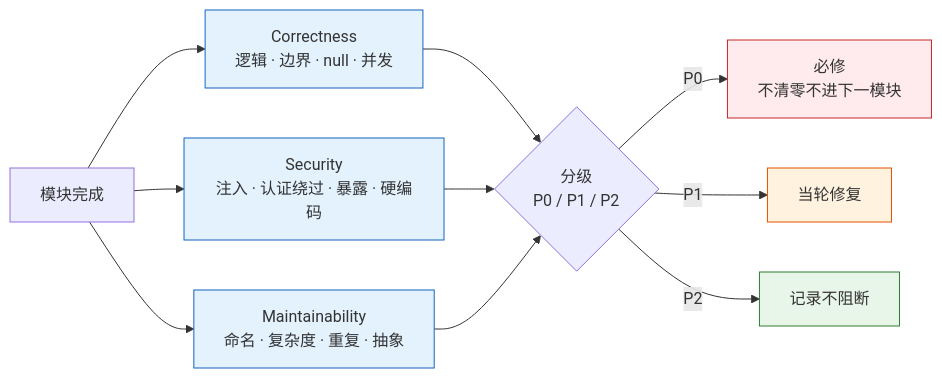
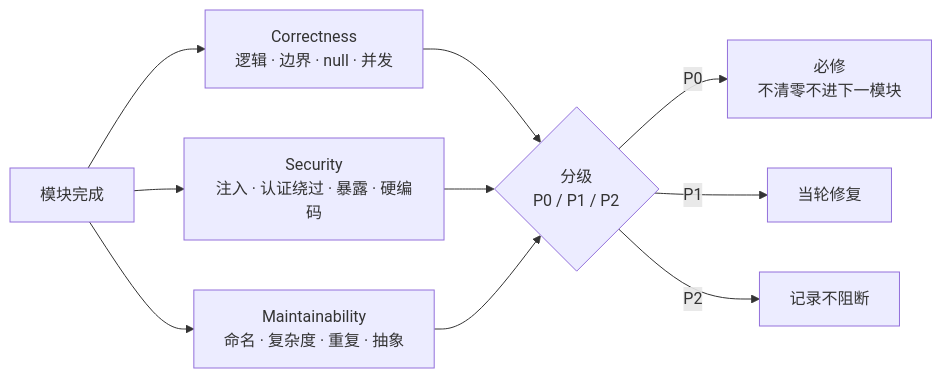
The third of 4 diagrams in agents/coder.md (effiy/YrY), drawn with Mermaid before and after one commit. The commit also changed other lines of this file and 9 other files, not shown here.

````diff
--- a/agents/coder.md
+++ b/agents/coder.md
@@ -80,15 +72,11 @@
 ```mermaid
 flowchart LR
     MOD["模块完成"] --> COR["Correctness<br/>逻辑 · 边界 · null · 并发"]:::dim
     MOD --> SEC["Security<br/>注入 · 认证绕过 · 暴露 · 硬编码"]:::dim
     MOD --> MAI["Maintainability<br/>命名 · 复杂度 · 重复 · 抽象"]:::dim
     COR & SEC & MAI --> CLS{"分级<br/>P0 / P1 / P2"}
     CLS -->|"P0"| FIX["必修<br/>不清零不进下一模块"]:::p0
     CLS -->|"P1"| SUG["当轮修复"]:::p1
     CLS -->|"P2"| NOTE["记录不阻断"]:::p2
 
-    classDef dim fill:#e3f2fd,stroke:#1565c0;
-    classDef p0 fill:#ffebee,stroke:#c62828;
-    classDef p1 fill:#fff3e0,stroke:#e65100;
-    classDef p2 fill:#e8f5e9,stroke:#2e7d32;
 ```
````
